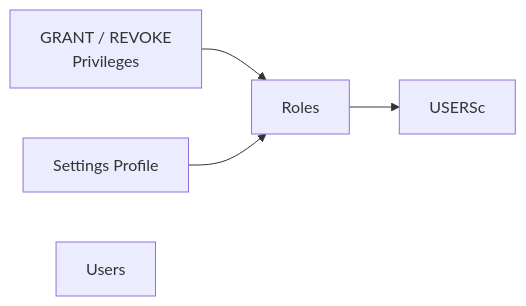
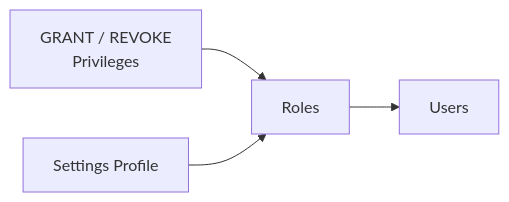
Before and after one commit to ntk148v/clicklens: the second of 2 diagrams in docs/pages/features.mdx, drawn with Mermaid. The commit also changed other lines of this file and 5 other files, not shown here.

````diff
--- a/docs/pages/features.mdx
+++ b/docs/pages/features.mdx
@@ -371,11 +372,11 @@
 ```mermaid
 flowchart LR
     GRANT[GRANT / REVOKE<br/>Privileges]
     ROLES[Roles]
     SETTINGS[Settings Profile]
     USERS[Users]
 
     GRANT --> ROLES
-    ROLES --> USERSc
+    ROLES --> USERS
     SETTINGS --> ROLES
 ```
````
